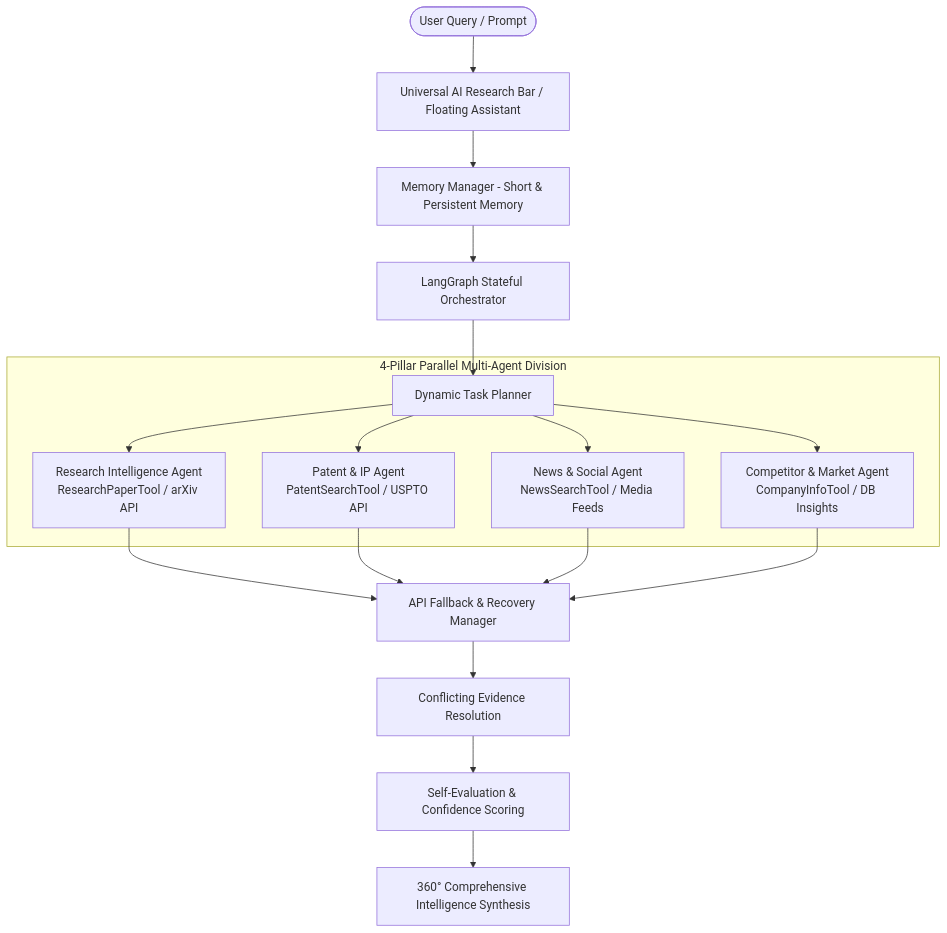
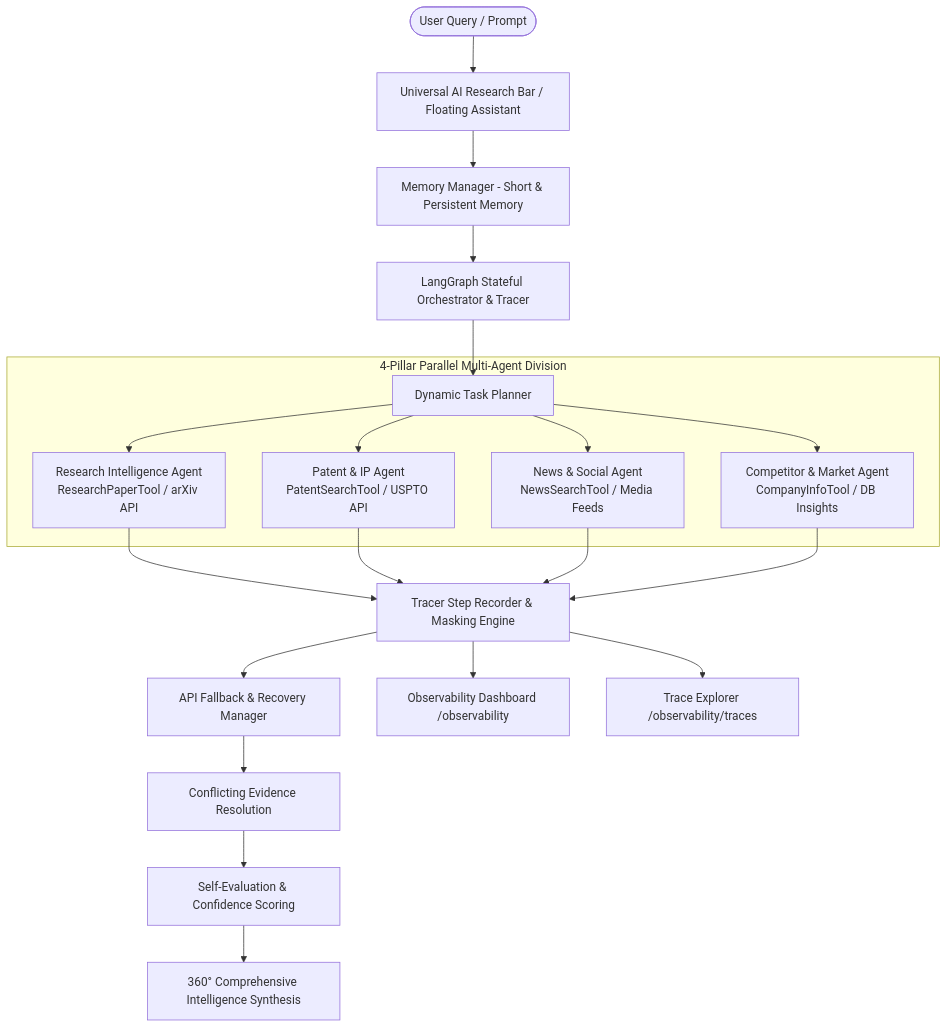
Before and after one commit to gaurav4047/CodeCrew-ai: the diagram in README.md, drawn with Mermaid. The commit also changed other lines of this file, not shown here.

Commit message:
docs: update README.md for CodeCrew7-ai with Advanced Tracing & Observability module

````diff
--- a/README.md
+++ b/README.md
@@ -99,20 +112,24 @@
 ```mermaid
 flowchart TD
     User([User Query / Prompt]) --> UniversalBar[Universal AI Research Bar / Floating Assistant]
     UniversalBar --> MemoryEngine[Memory Manager - Short & Persistent Memory]
-    MemoryEngine --> Orchestrator[LangGraph Stateful Orchestrator]
+    MemoryEngine --> Orchestrator[LangGraph Stateful Orchestrator & Tracer]
     
     Orchestrator --> DynamicPlanner[Dynamic Task Planner]
     
     subgraph 4-Pillar Parallel Multi-Agent Division
         DynamicPlanner --> Agent1[Research Intelligence Agent\nResearchPaperTool / arXiv API]
         DynamicPlanner --> Agent2[Patent & IP Agent\nPatentSearchTool / USPTO API]
         DynamicPlanner --> Agent3[News & Social Agent\nNewsSearchTool / Media Feeds]
         DynamicPlanner --> Agent4[Competitor & Market Agent\nCompanyInfoTool / DB Insights]
     end
 
-    Agent1 & Agent2 & Agent3 & Agent4 --> FallbackManager[API Fallback & Recovery Manager]
+    Agent1 & Agent2 & Agent3 & Agent4 --> TracerRecorder[Tracer Step Recorder & Masking Engine]
+    TracerRecorder --> FallbackManager[API Fallback & Recovery Manager]
     FallbackManager --> ConflictRes[Conflicting Evidence Resolution]
     ConflictRes --> SelfEval[Self-Evaluation & Confidence Scoring]
     SelfEval --> FinalSynthesis[360° Comprehensive Intelligence Synthesis]
+    
+    TracerRecorder --> ObservabilityDashboard[Observability Dashboard /observability]
+    TracerRecorder --> TraceExplorer[Trace Explorer /observability/traces]
 ```
````
